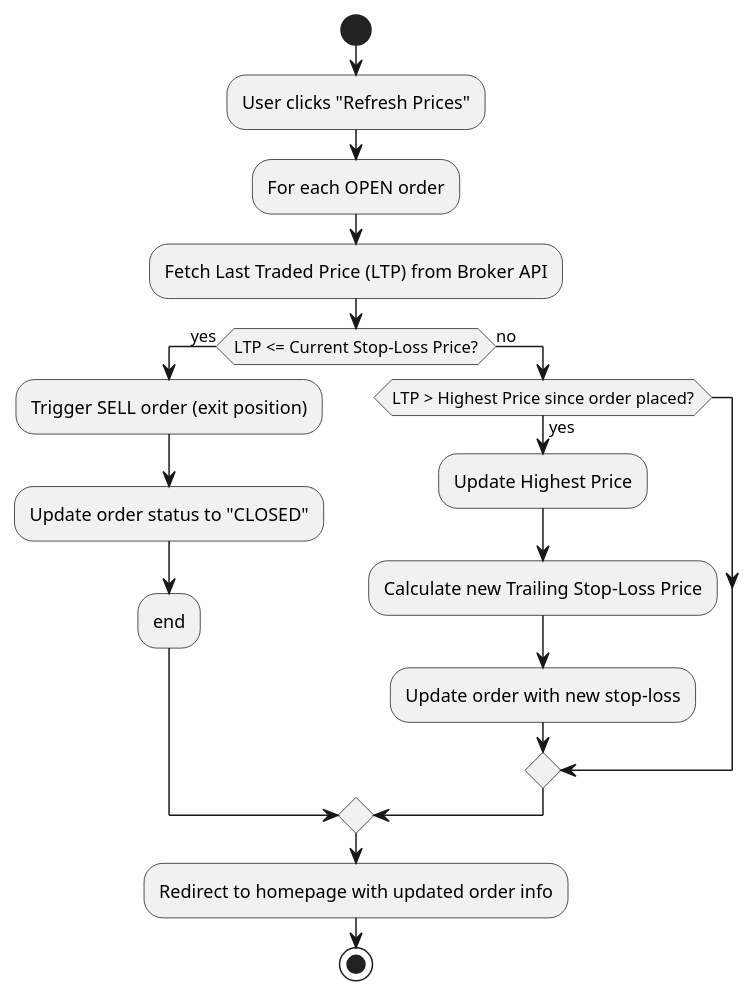
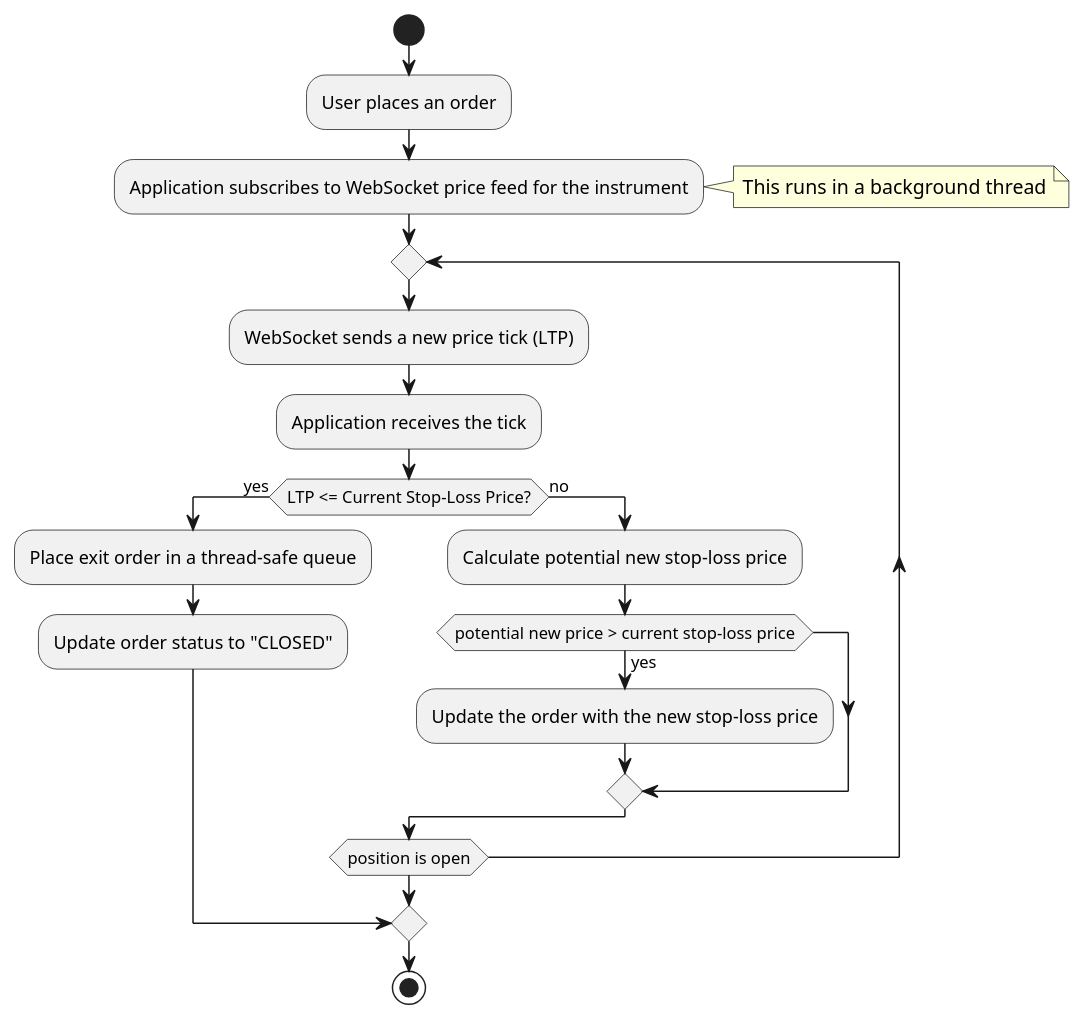
Before and after one commit to arjunbagga-xyz/RiskManagement_Slingshot: the second of 2 diagrams in WORKFLOW.md, drawn with PlantUML. The commit also changed other lines of this file and 2 other files, not shown here.

Commit message:
feat: Implement login-first workflow and update documentation
This commit introduces a login-first workflow to the application. The home page and all other sensitive routes are now protected and require the user to be logged in.

Key changes:
- Added a `login_required` decorator to protect routes that require authentication.
- Applied the decorator to all necessary routes, including the home page, order placement, and instrument updates.
- Created a separate `login_required_api` decorator for API endpoints.
- Updated the `README.md` to reflect the new login flow.
- Updated the `WORKFLOW.md` with accurate PlantUML diagrams for the login sequence and the real-time stop-loss mechanism.

This change enhances the security of the application and ensures that all documentation is up-to-date with the current implementation.

````diff
--- a/WORKFLOW.md
+++ b/WORKFLOW.md
@@ -50,21 +53,26 @@
 ```plantuml
 @startuml
 start
-:User clicks "Refresh Prices";
-:For each OPEN order;
-    :Fetch Last Traded Price (LTP) from Broker API;
-    if (LTP <= Current Stop-Loss Price?) then (yes)
-        :Trigger SELL order (exit position);
-        :Update order status to "CLOSED";
-        :end;
-    else (no)
-        if (LTP > Highest Price since order placed?) then (yes)
-            :Update Highest Price;
-            :Calculate new Trailing Stop-Loss Price;
-            :Update order with new stop-loss;
-        endif
+:User places an order;
+:Application subscribes to WebSocket price feed for the instrument;
+note right
+  This runs in a background thread
+end note
+
+repeat
+  :WebSocket sends a new price tick (LTP);
+  :Application receives the tick;
+  if (LTP <= Current Stop-Loss Price?) then (yes)
+    :Place exit order in a thread-safe queue;
+    :Update order status to "CLOSED";
+    break
+  else (no)
+    :Calculate potential new stop-loss price;
+    if (potential new price > current stop-loss price) then (yes)
+      :Update the order with the new stop-loss price;
     endif
-:Redirect to homepage with updated order info;
+  endif
+repeat while (position is open)
 stop
 @enduml
 ```
````
